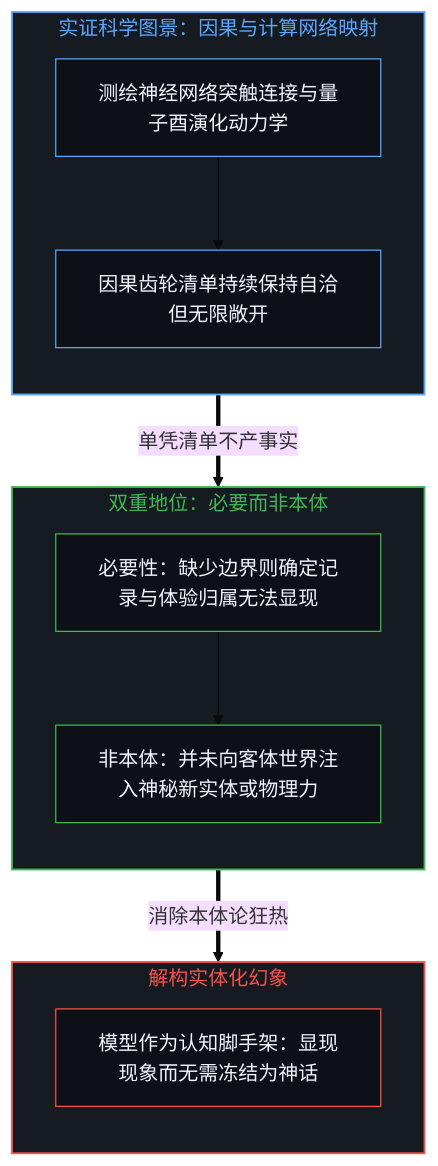
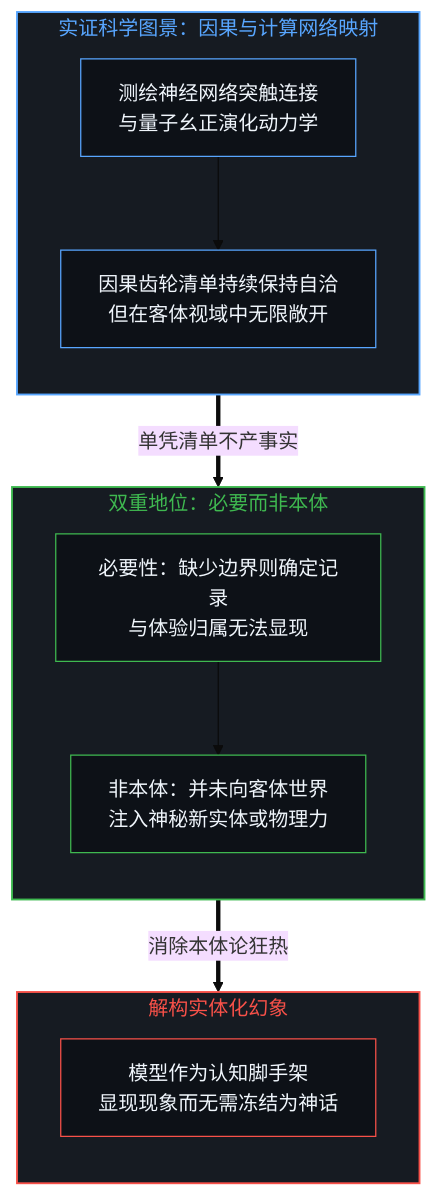
The seventh of 8 diagrams in content/posts/consciousness-ascription-and-the-quantum-cut.md (powerpig99/not-a-toe), drawn with Mermaid (base theme) before and after one commit. The commit also changed other lines of this file and 2 other files, not shown here.

````diff
--- a/content/posts/consciousness-ascription-and-the-quantum-cut.md
+++ b/content/posts/consciousness-ascription-and-the-quantum-cut.md
@@ -225,32 +225,32 @@
 ```mermaid
 flowchart TD
     subgraph S_EMPIRICAL_ZH ["实证科学图景：因果与计算网络映射"]
         direction TB
         style S_EMPIRICAL_ZH fill:#161b22,stroke:#58a6ff,stroke-width:1.5px,color:#58a6ff
-        E_Map["测绘神经网络突触连接与量子酉演化动力学"]
-        E_Extend["因果齿轮清单持续保持自洽但无限敞开"]
+        E_Map["测绘神经网络突触连接<br/>与量子幺正演化动力学"]
+        E_Extend["因果齿轮清单持续保持自洽<br/>但在客体视域中无限敞开"]
         E_Map --> E_Extend
         style E_Map fill:#0d1117,stroke:#58a6ff,stroke-width:1px,color:#f0f6fc
         style E_Extend fill:#0d1117,stroke:#58a6ff,stroke-width:1px,color:#f0f6fc
     end
 
     subgraph S_STATUS_ZH ["双重地位：必要而非本体"]
         direction TB
         style S_STATUS_ZH fill:#161b22,stroke:#3fb950,stroke-width:1.5px,color:#3fb950
-        N_Req["必要性：缺少边界则确定记录与体验归属无法显现"]
-        N_Non["非本体：并未向客体世界注入神秘新实体或物理力"]
+        N_Req["必要性：缺少边界则确定记录<br/>与体验归属无法显现"]
+        N_Non["非本体：并未向客体世界<br/>注入神秘新实体或物理力"]
         N_Req --> N_Non
         style N_Req fill:#0d1117,stroke:#3fb950,stroke-width:1px,color:#f0f6fc
         style N_Non fill:#0d1117,stroke:#3fb950,stroke-width:1px,color:#f0f6fc
     end
 
     subgraph S_RESOLUTION_ZH ["解构实体化幻象"]
         direction TB
         style S_RESOLUTION_ZH fill:#161b22,stroke:#f85149,stroke-width:1.5px,color:#f85149
-        R_Scaffold["模型作为认知脚手架：显现现象而无需冻结为神话"]
+        R_Scaffold["模型作为认知脚手架<br/>显现现象而无需冻结为神话"]
         style R_Scaffold fill:#0d1117,stroke:#f85149,stroke-width:1px,color:#f0f6fc
     end
 
     E_Extend ==>|"单凭清单不产事实"| N_Req
     N_Non ==>|"消除本体论狂热"| R_Scaffold
 ```
````
